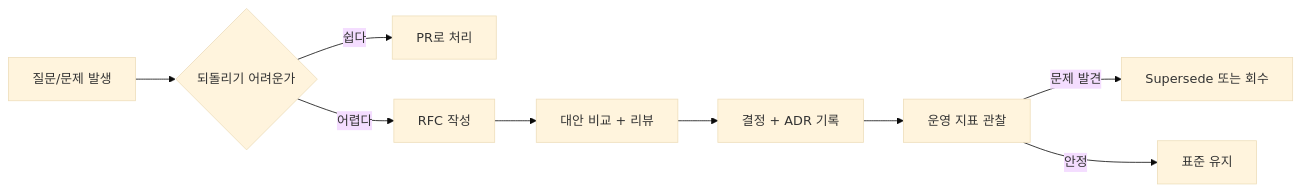
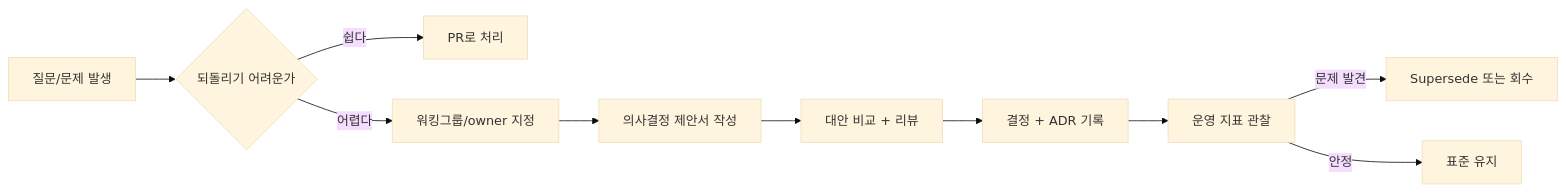
The first of 8 diagrams in public/개발가이드/15_RFC_의사결정_프로세스.md (blue45f/heejun), drawn with Mermaid (base theme) before and after one commit. The commit also changed other lines of this file and 23 other files, not shown here.

````diff
--- a/public/개발가이드/15_RFC_의사결정_프로세스.md
+++ b/public/개발가이드/15_RFC_의사결정_프로세스.md
@@ -17,11 +18,12 @@
 ```mermaid
 flowchart LR
   Q[질문/문제 발생] --> CHECK{되돌리기 어려운가}
   CHECK -->|쉽다| PR[PR로 처리]
-  CHECK -->|어렵다| RFC[RFC 작성]
+  CHECK -->|어렵다| WG[워킹그룹/owner 지정]
+  WG --> RFC[의사결정 제안서 작성]
   RFC --> REVIEW[대안 비교 + 리뷰]
   REVIEW --> DECIDE[결정 + ADR 기록]
   DECIDE --> TRACK[운영 지표 관찰]
   TRACK -->|문제 발견| REOPEN[Supersede 또는 회수]
   TRACK -->|안정| KEEP[표준 유지]
 ```
````
